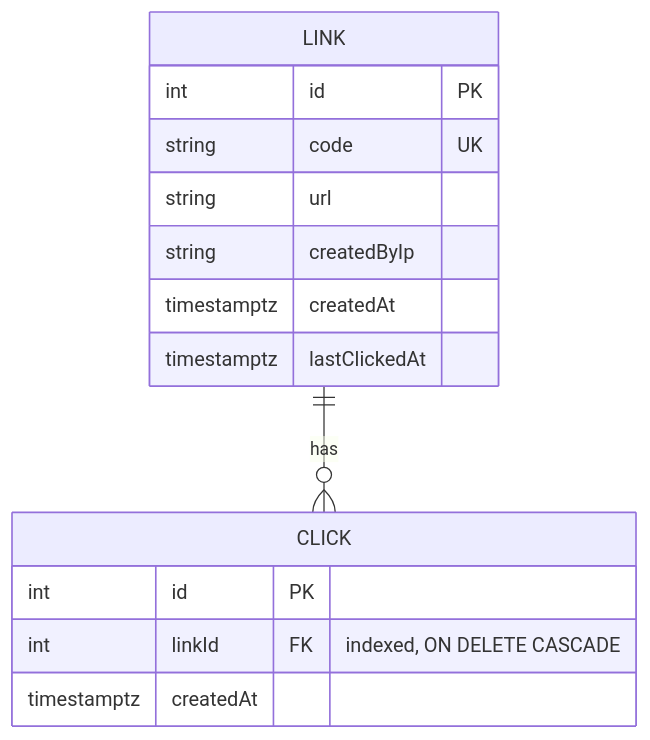
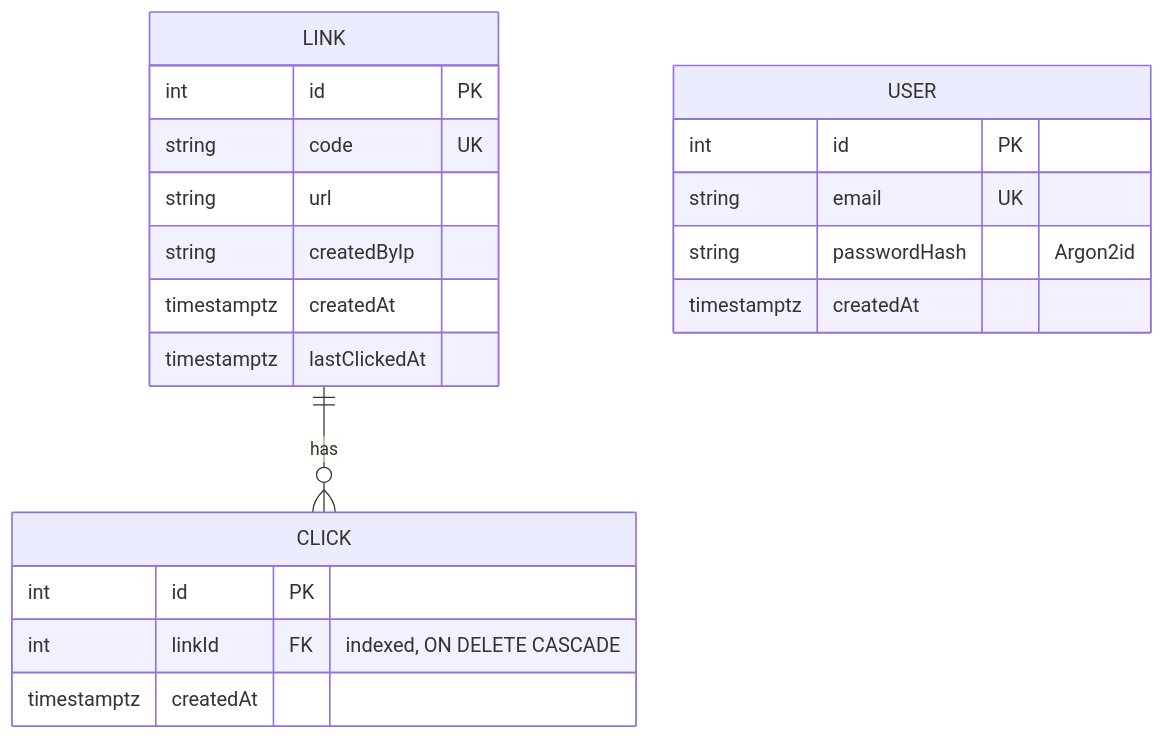
Before and after one commit to huseyincansoylu/shortlink-api: the second of 2 diagrams in README.md, drawn with Mermaid. The commit also changed other lines of this file and 9 other files, not shown here.

````diff
--- a/README.md
+++ b/README.md
@@ -36,17 +38,23 @@
 ```mermaid
 erDiagram
     LINK ||--o{ CLICK : has
     LINK {
         int id PK
         string code UK
         string url
         string createdByIp
         timestamptz createdAt
         timestamptz lastClickedAt
     }
     CLICK {
         int id PK
         int linkId FK "indexed, ON DELETE CASCADE"
         timestamptz createdAt
     }
+    USER {
+        int id PK
+        string email UK
+        string passwordHash "Argon2id"
+        timestamptz createdAt
+    }
 ```
````
